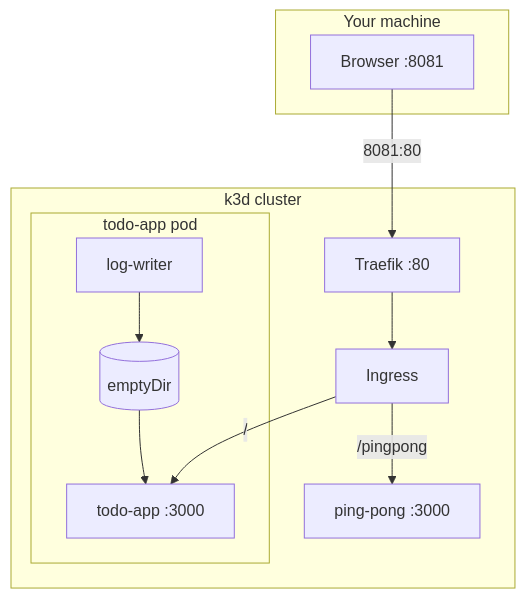
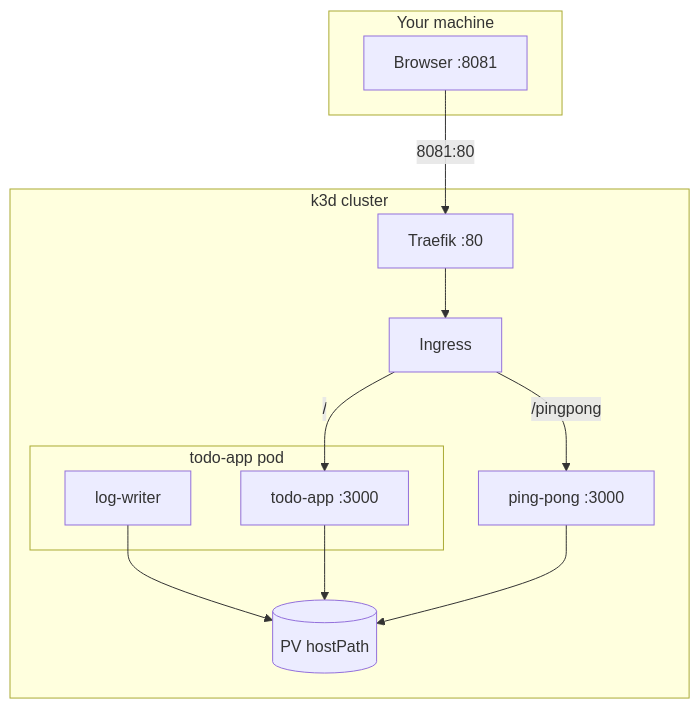
The diagram in README.md (wmahad/k8s-hands-on), drawn with Mermaid before and after one commit. The commit also changed other lines of this file and 17 other files, not shown here.

````diff
--- a/README.md
+++ b/README.md
@@ -9,22 +11,24 @@
 ```mermaid
 flowchart TB
   subgraph host [Your machine]
     B[Browser :8081]
   end
 
   subgraph k3d [k3d cluster]
     T[Traefik :80]
     IG[Ingress]
-    subgraph pod [todo-app pod]
+    PV[(PV hostPath)]
+    subgraph tapod [todo-app pod]
       W[log-writer]
       TA[todo-app :3000]
-      V[(emptyDir)]
     end
     PP[ping-pong :3000]
   end
 
   B -->|8081:80| T --> IG
   IG -->|"/pingpong"| PP
   IG -->|"/"| TA
-  W --> V --> TA
+  W --> PV
+  TA --> PV
+  PP --> PV
 ```
````
